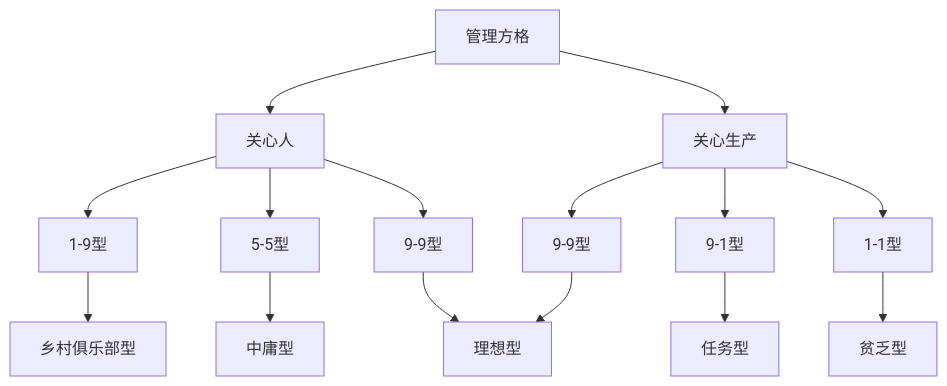
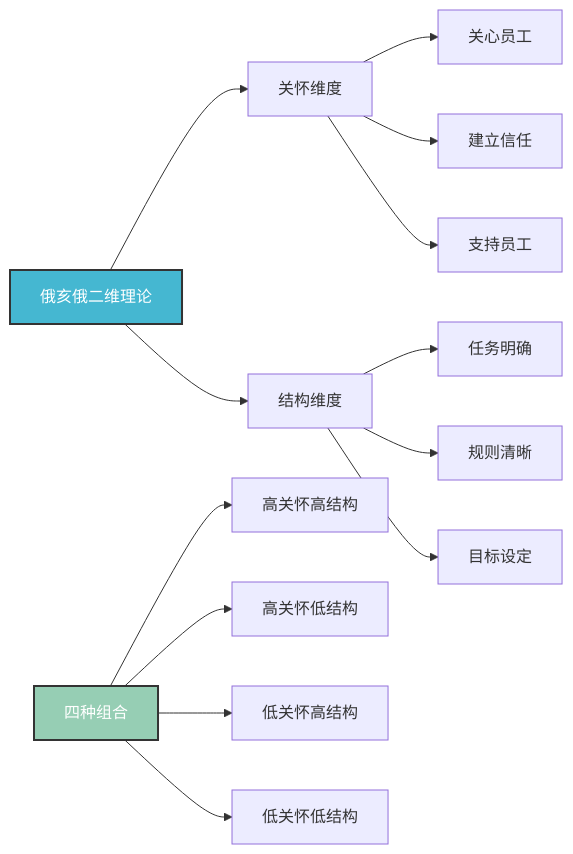
The third of 7 diagrams in 企业领导力/02-理论理解层/经典领导理论/02-行为理论.md (Anping2017/obsidian), drawn with Mermaid before and after one commit. The commit also changed other lines of this file and 8 other files, not shown here.

````diff
--- a/企业领导力/02-理论理解层/经典领导理论/02-行为理论.md
+++ b/企业领导力/02-理论理解层/经典领导理论/02-行为理论.md
@@ -106,21 +82,21 @@
 ```mermaid
-graph TD
-    A[管理方格] --> B[关心人]
-    A --> C[关心生产]
+graph LR
+    A[俄亥俄二维理论] --> B[关怀维度]
+    A --> C[结构维度]
     
-    B --> B1[1-9型]
-    B --> B2[5-5型]
-    B --> B3[9-9型]
+    B --> B1[关心员工]
+    B --> B2[建立信任]
+    B --> B3[支持员工]
     
-    C --> C1[9-1型]
-    C --> C2[1-1型]
-    C --> C3[9-9型]
+    C --> C1[任务明确]
+    C --> C2[规则清晰]
+    C --> C3[目标设定]
     
-    B1 --> D[乡村俱乐部型]
-    B2 --> E[中庸型]
-    B3 --> F[理想型]
+    D[四种组合] --> E[高关怀高结构]
+    D --> F[高关怀低结构]
+    D --> G[低关怀高结构]
+    D --> H[低关怀低结构]
     
-    C1 --> G[任务型]
-    C2 --> H[贫乏型]
-    C3 --> F
+    style A fill:#45b7d1,stroke:#333,stroke-width:2px,color:#fff
+    style D fill:#96ceb4,stroke:#333,stroke-width:2px,color:#fff
 ```
````
